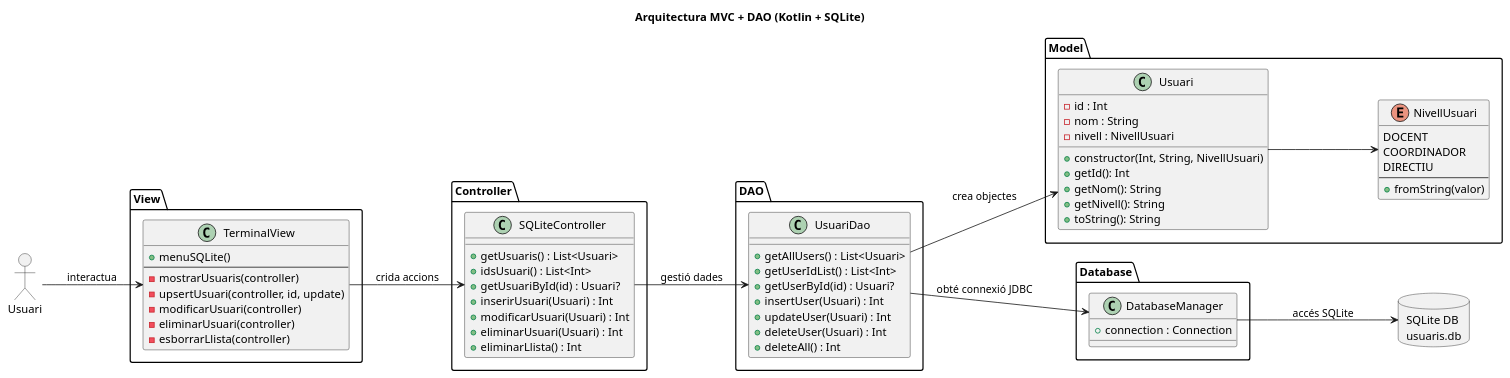
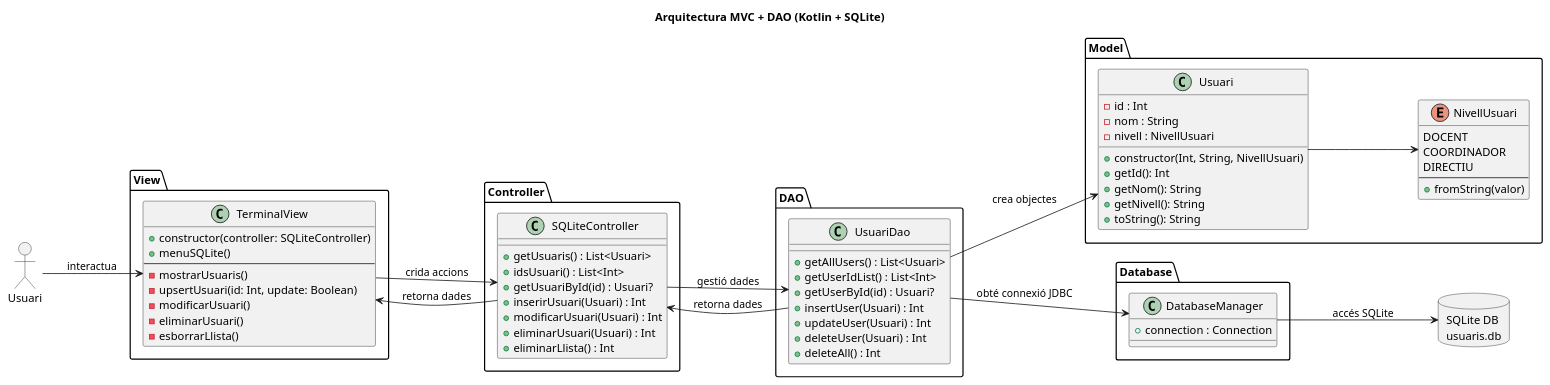
One commit to ITEC-BCN/mp03-uf6-demo-kotlin-database-access changed the diagram in src/main/kotlin/uml/Diagrama-MVC.puml. Above: the diagram before and after it, drawn with PlantUML. The commit also changed 4 other files, not shown here.

```diff
--- a/src/main/kotlin/uml/Diagrama-MVC.puml
+++ b/src/main/kotlin/uml/Diagrama-MVC.puml
@@ -1,97 +1,100 @@
 @startuml
 allowmixing
 
 left to right direction
 
 title Arquitectura MVC + DAO (Kotlin + SQLite)
 
 actor "Usuari" as User
 
 package "View" {
 
     class TerminalView {
+        +constructor(controller: SQLiteController)
         +menuSQLite()
         --
-        -mostrarUsuaris(controller)
-        -upsertUsuari(controller, id, update)
-        -modificarUsuari(controller)
-        -eliminarUsuari(controller)
-        -esborrarLlista(controller)
+        -mostrarUsuaris()
+        -upsertUsuari(id: Int, update: Boolean)
+        -modificarUsuari()
+        -eliminarUsuari()
+        -esborrarLlista()
     }
 
 }
 
 package "Controller" {
 
     class SQLiteController {
         +getUsuaris() : List<Usuari>
         +idsUsuari() : List<Int>
         +getUsuariById(id) : Usuari?
         +inserirUsuari(Usuari) : Int
         +modificarUsuari(Usuari) : Int
         +eliminarUsuari(Usuari) : Int
         +eliminarLlista() : Int
     }
 
 }
 
 package "Model" {
 
     class Usuari {
         -id : Int
         -nom : String
         -nivell : NivellUsuari
         +constructor(Int, String, NivellUsuari)
         +getId(): Int
         +getNom(): String
         +getNivell(): String
         +toString(): String
     }
 
     enum NivellUsuari {
         DOCENT
         COORDINADOR
         DIRECTIU
         --
         +fromString(valor)
     }
 
 }
 
 package "DAO" {
 
     class UsuariDao {
         +getAllUsers() : List<Usuari>
         +getUserIdList() : List<Int>
         +getUserById(id) : Usuari?
         +insertUser(Usuari) : Int
         +updateUser(Usuari) : Int
         +deleteUser(Usuari) : Int
         +deleteAll() : Int
     }
 
 }
 
 package "Database" {
 
     class DatabaseManager {
         +connection : Connection
     }
 
 }
 
 database "SQLite DB\nusuaris.db" as DB
 
 
 User --> TerminalView : interactua
 
 TerminalView --> SQLiteController : crida accions
+TerminalView <-- SQLiteController : retorna dades
 SQLiteController --> UsuariDao : gestió dades
+SQLiteController <-- UsuariDao : retorna dades
 
 UsuariDao --> DatabaseManager : obté connexió JDBC
 DatabaseManager --> DB : accés SQLite
 
 UsuariDao --> Usuari : crea objectes
 Usuari --> NivellUsuari
 
 @enduml
```
